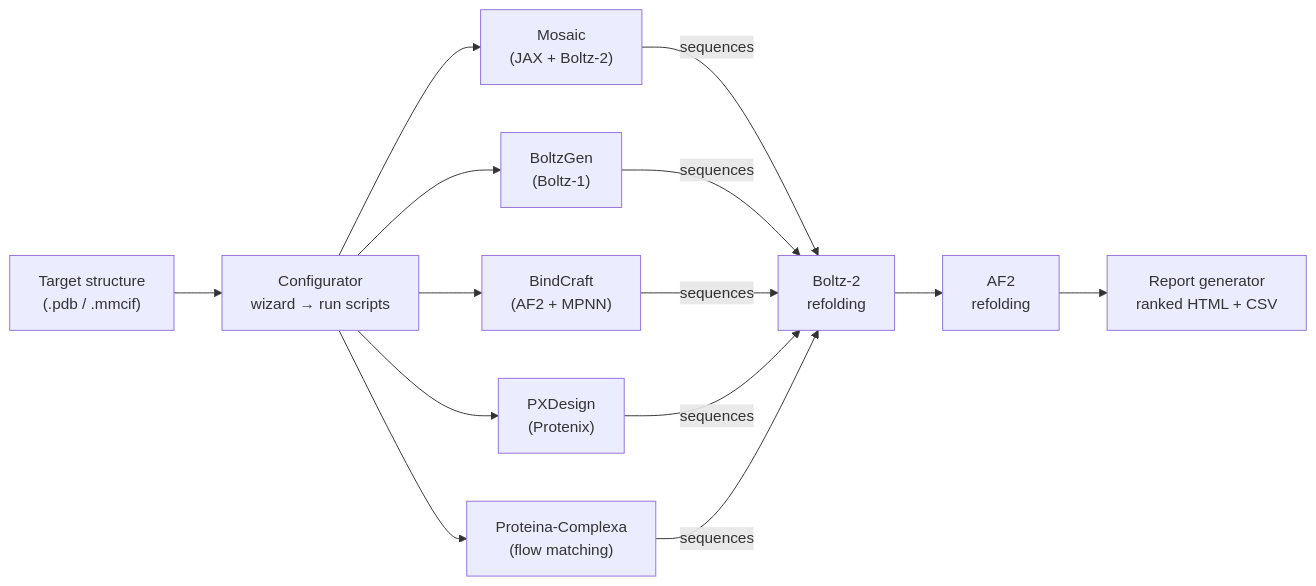
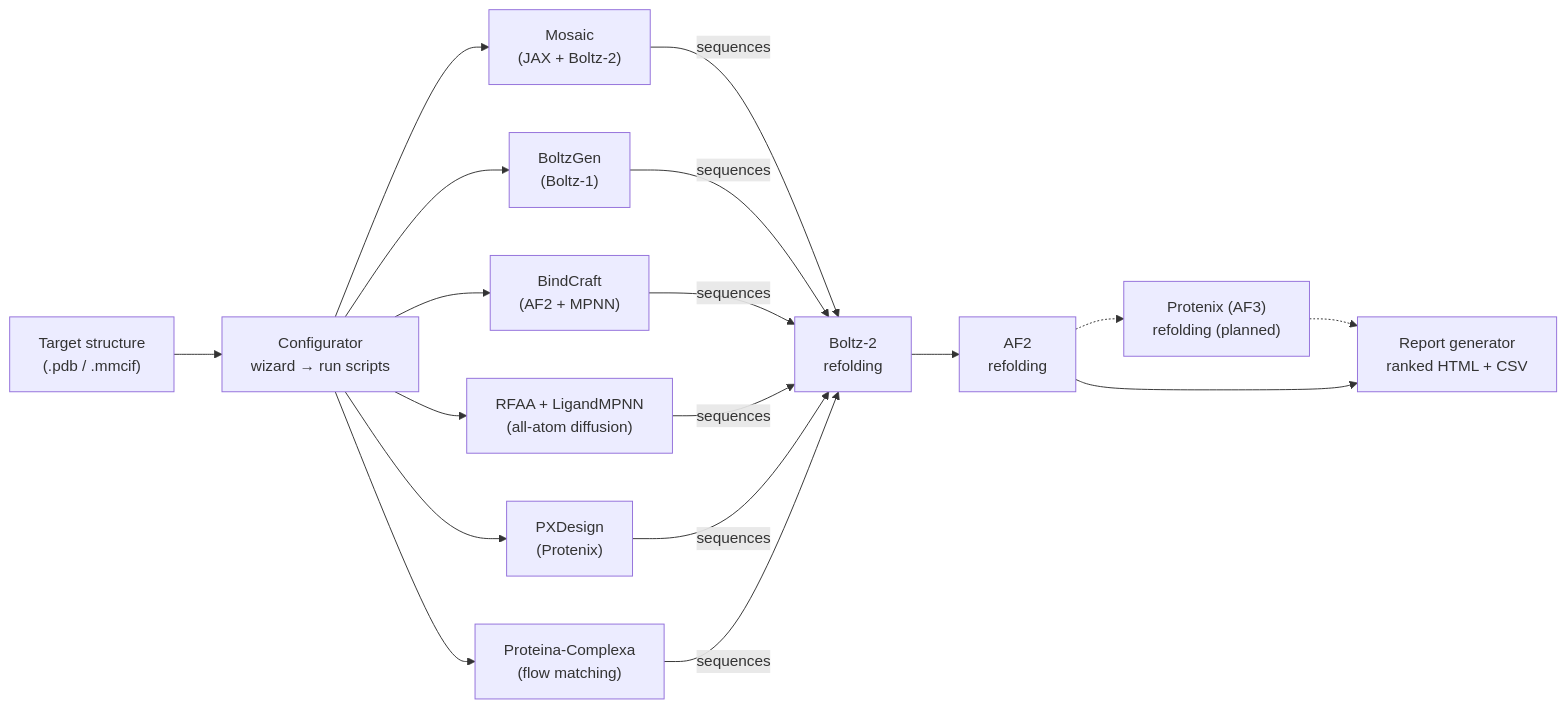
The diagram in README.md (damborik22/BinderScout), drawn with Mermaid before and after one commit. The commit also changed other lines of this file, not shown here.

Commit message:
Add RFAA to architecture diagram, mention Protenix refolding
- Add RFAA + LigandMPNN node to the mermaid architecture flowchart
- Add Protenix (AF3) as a planned refolding engine (dashed line in diagram)
- List all three refolding engines (Boltz-2, AF2, Protenix) in evaluate section
- Update components table to mention Protenix refolding

https://claude.ai/code/session_01YRMMYEQPtxwXV18C9oQdiq

````diff
--- a/README.md
+++ b/README.md
@@ -35,19 +35,23 @@
 ```mermaid
 flowchart LR
     Input["Target structure\n(.pdb / .mmcif)"]
     Config["Configurator\nwizard → run scripts"]
     Mosaic["Mosaic\n(JAX + Boltz-2)"]
     BG["BoltzGen\n(Boltz-1)"]
     BC["BindCraft\n(AF2 + MPNN)"]
+    RFAA["RFAA + LigandMPNN\n(all-atom diffusion)"]
     PX["PXDesign\n(Protenix)"]
     PC["Proteina-Complexa\n(flow matching)"]
     Boltz2["Boltz-2\nrefolding"]
     AF2["AF2\nrefolding"]
+    Protenix["Protenix (AF3)\nrefolding (planned)"]
     Report["Report generator\nranked HTML + CSV"]
 
     Input --> Config
-    Config --> Mosaic & BG & BC & PX & PC
-    Mosaic & BG & BC & PX & PC -->|sequences| Boltz2
+    Config --> Mosaic & BG & BC & RFAA & PX & PC
+    Mosaic & BG & BC & RFAA & PX & PC -->|sequences| Boltz2
     Boltz2 --> AF2
+    AF2 -.-> Protenix
+    Protenix -.-> Report
     AF2 --> Report
 ```
````
